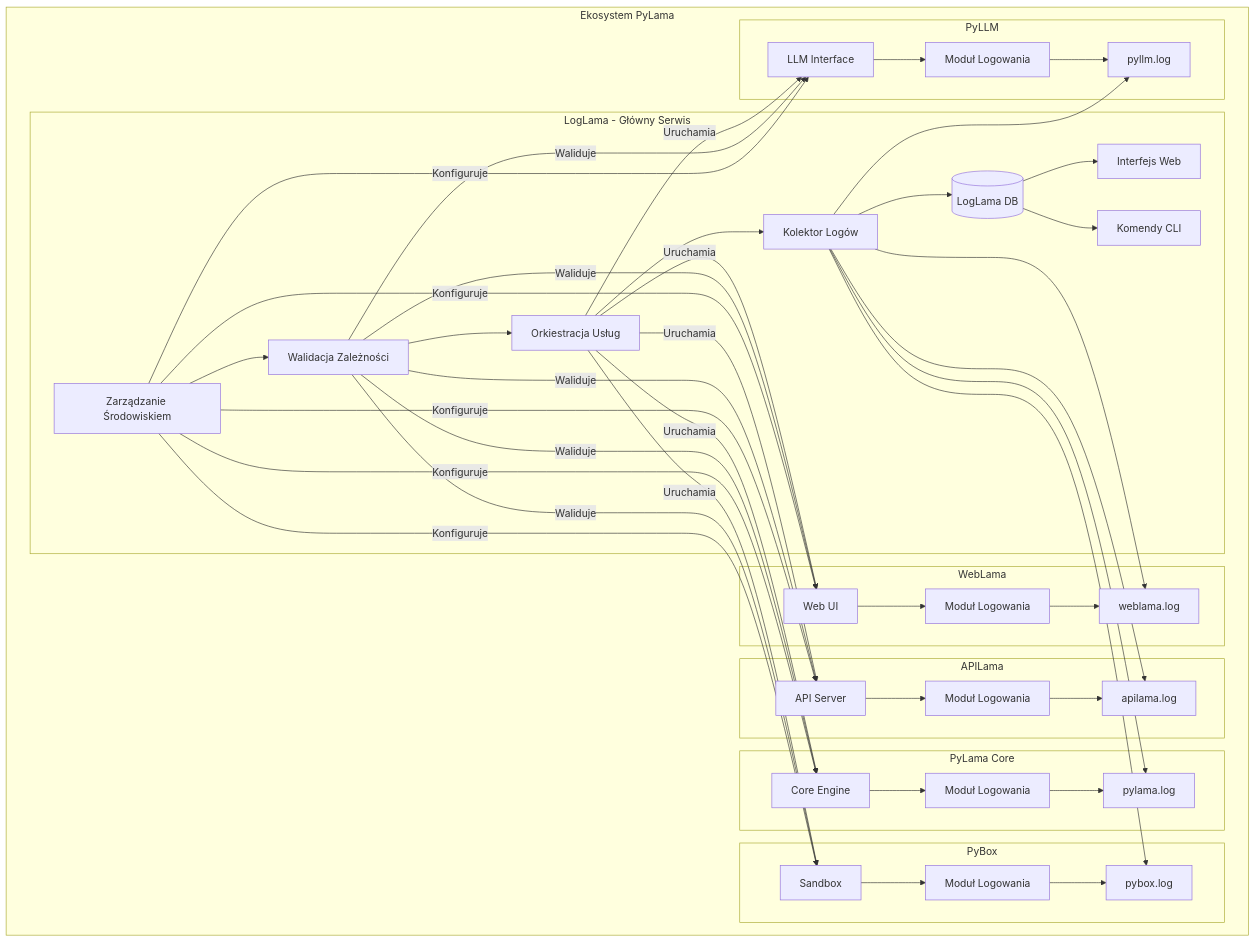
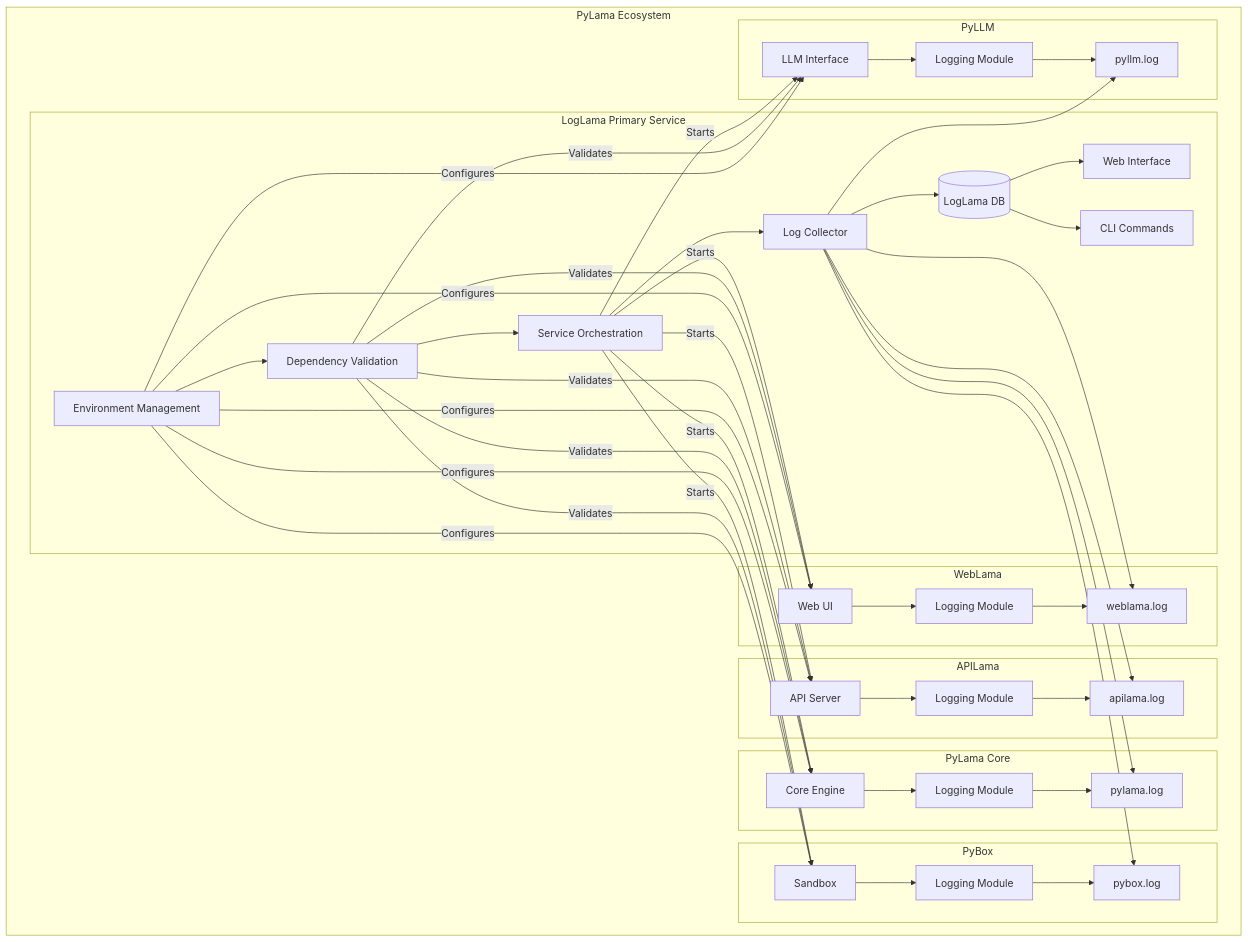
Before and after one commit to py-lama/pylogs: the diagram in COMPONENT_INTEGRATION.md, drawn with Mermaid. The commit also changed other lines of this file and 1 other file, not shown here.

````diff
--- a/COMPONENT_INTEGRATION.md
+++ b/COMPONENT_INTEGRATION.md
@@ -19,66 +11,66 @@
 ```mermaid
 graph TB
-    subgraph "Ekosystem PyLama"
-        subgraph "LogLama - Główny Serwis"
-            LL_ENV[Zarządzanie Środowiskiem] --> LL_DEP[Walidacja Zależności]
-            LL_DEP --> LL_ORCH[Orkiestracja Usług]
-            LL_ORCH --> LL_COLL[Kolektor Logów]
+    subgraph "PyLama Ecosystem"
+        subgraph "LogLama Primary Service"
+            LL_ENV[Environment Management] --> LL_DEP[Dependency Validation]
+            LL_DEP --> LL_ORCH[Service Orchestration]
+            LL_ORCH --> LL_COLL[Log Collector]
             LL_COLL --> LL_DB[(LogLama DB)]
-            LL_DB --> LL_WEB[Interfejs Web]
-            LL_DB --> LL_CLI[Komendy CLI]
+            LL_DB --> LL_WEB[Web Interface]
+            LL_DB --> LL_CLI[CLI Commands]
         end
         
         subgraph "WebLama"
-            WL[Web UI] --> WL_LOG[Moduł Logowania]
+            WL[Web UI] --> WL_LOG[Logging Module]
             WL_LOG --> WL_FILE[weblama.log]
         end
         
         subgraph "APILama"
-            API[API Server] --> API_LOG[Moduł Logowania]
+            API[API Server] --> API_LOG[Logging Module]
             API_LOG --> API_FILE[apilama.log]
         end
         
         subgraph "PyLama Core"
-            PL[Core Engine] --> PL_LOG[Moduł Logowania]
+            PL[Core Engine] --> PL_LOG[Logging Module]
             PL_LOG --> PL_FILE[pylama.log]
         end
         
         subgraph "PyBox"
-            PB[Sandbox] --> PB_LOG[Moduł Logowania]
+            PB[Sandbox] --> PB_LOG[Logging Module]
             PB_LOG --> PB_FILE[pybox.log]
         end
         
         subgraph "PyLLM"
-            PLLM[LLM Interface] --> PLLM_LOG[Moduł Logowania]
+            PLLM[LLM Interface] --> PLLM_LOG[Logging Module]
             PLLM_LOG --> PLLM_FILE[pyllm.log]
         end
         
-        %% Zarządzanie Środowiskiem
-        LL_ENV -->|Konfiguruje| WL
-        LL_ENV -->|Konfiguruje| API
-        LL_ENV -->|Konfiguruje| PL
-        LL_ENV -->|Konfiguruje| PB
-        LL_ENV -->|Konfiguruje| PLLM
+        %% Environment Management
+        LL_ENV -->|Configures| WL
+        LL_ENV -->|Configures| API
+        LL_ENV -->|Configures| PL
+        LL_ENV -->|Configures| PB
+        LL_ENV -->|Configures| PLLM
         
-        %% Walidacja Zależności
-        LL_DEP -->|Waliduje| WL
-        LL_DEP -->|Waliduje| API
-        LL_DEP -->|Waliduje| PL
-        LL_DEP -->|Waliduje| PB
-        LL_DEP -->|Waliduje| PLLM
+        %% Dependency Validation
+        LL_DEP -->|Validates| WL
+        LL_DEP -->|Validates| API
+        LL_DEP -->|Validates| PL
+        LL_DEP -->|Validates| PB
+        LL_DEP -->|Validates| PLLM
         
-        %% Orkiestracja Usług
-        LL_ORCH -->|Uruchamia| WL
-        LL_ORCH -->|Uruchamia| API
-        LL_ORCH -->|Uruchamia| PL
-        LL_ORCH -->|Uruchamia| PB
-        LL_ORCH -->|Uruchamia| PLLM
+        %% Service Orchestration
+        LL_ORCH -->|Starts| WL
+        LL_ORCH -->|Starts| API
+        LL_ORCH -->|Starts| PL
+        LL_ORCH -->|Starts| PB
+        LL_ORCH -->|Starts| PLLM
         
-        %% Zbieranie Logów
+        %% Log Collection
         LL_COLL --> WL_FILE
         LL_COLL --> API_FILE
         LL_COLL --> PL_FILE
         LL_COLL --> PB_FILE
         LL_COLL --> PLLM_FILE
     end
 ```
````
